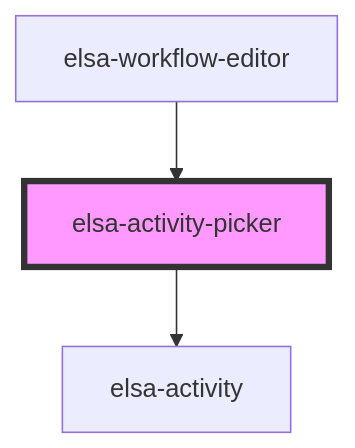
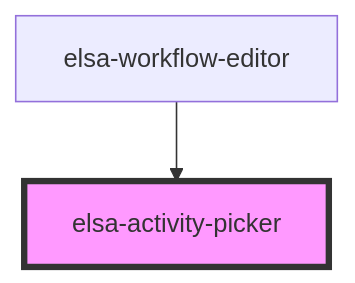
The diagram in src/designer/elsa-workflows-designer/src/components/elsa-activity-picker/readme.md (elsa-workflows/experimental), drawn with Mermaid before and after one commit. The commit also changed other lines of this file and 15 other files, not shown here.

````diff
--- a/src/designer/elsa-workflows-designer/src/components/elsa-activity-picker/readme.md
+++ b/src/designer/elsa-workflows-designer/src/components/elsa-activity-picker/readme.md
@@ -33,6 +22,5 @@
 ```mermaid
 graph TD;
-  elsa-activity-picker --> elsa-activity
   elsa-workflow-editor --> elsa-activity-picker
   style elsa-activity-picker fill:#f9f,stroke:#333,stroke-width:4px
 ```
````
